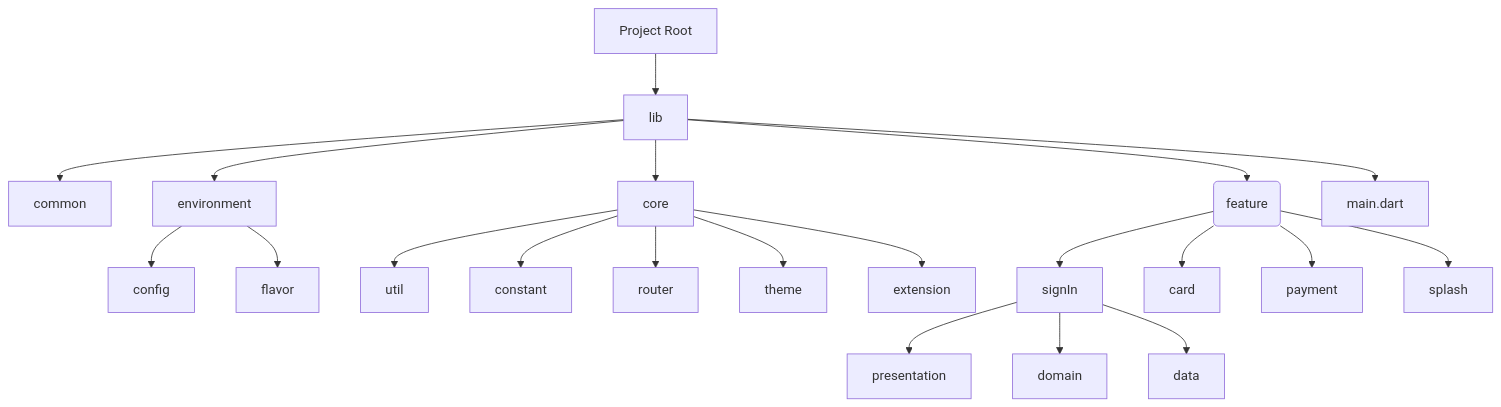
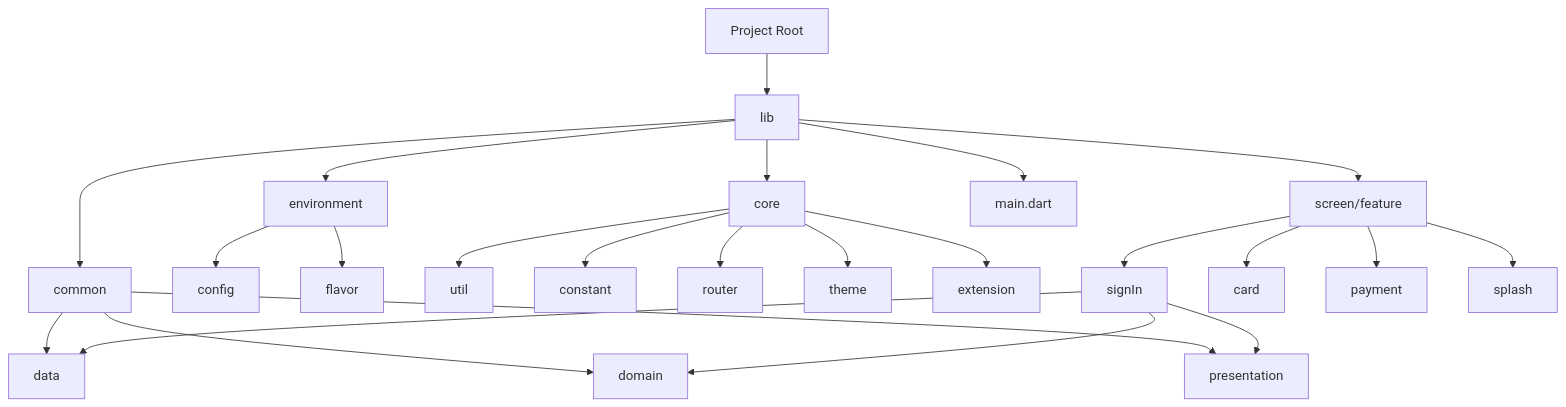
Before and after one commit to KoreanTuna/Payment-Demo: the first of 2 diagrams in README.md, drawn with Mermaid.

````diff
--- a/README.md
+++ b/README.md
@@ -11,33 +11,37 @@
 ```mermaid
 flowchart TD
     A[Project Root]
     A --> lib
 
     lib --> common
     lib --> core
     lib --> environment
-    lib --> screen(feature)
+    lib --> screen/feature
     lib --> main.dart
+
+    common --> data
+    common --> domain
+    common --> presentation
 
     environment --> config
     environment --> flavor
 
     core --> util
     core --> constant
     core --> router
     core --> theme
     core --> extension
 
-    screen(feature) --> signIn
-    screen(feature) --> card
-    screen(feature) --> payment
-    screen(feature) --> splash
+    screen/feature --> signIn
+    screen/feature --> card
+    screen/feature --> payment
+    screen/feature --> splash
 
     signIn --> presentation
     signIn --> domain
     signIn --> data
 
     
 
 
 ```
````
